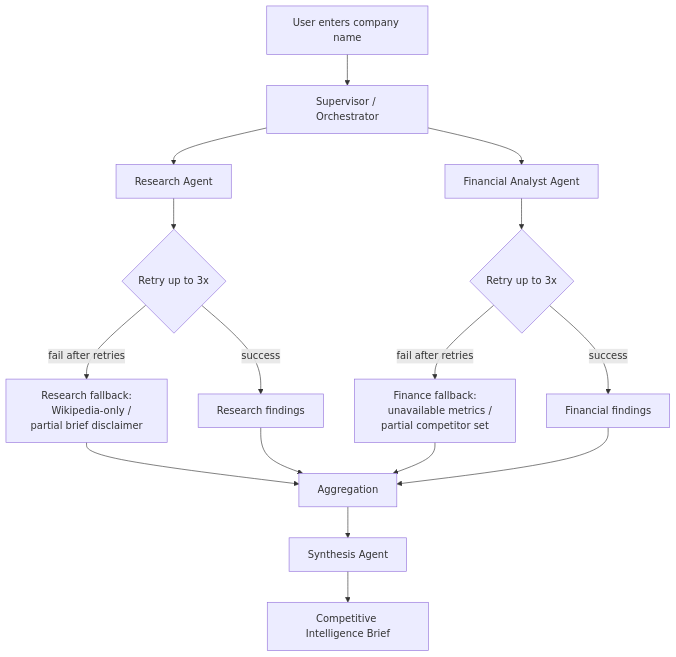
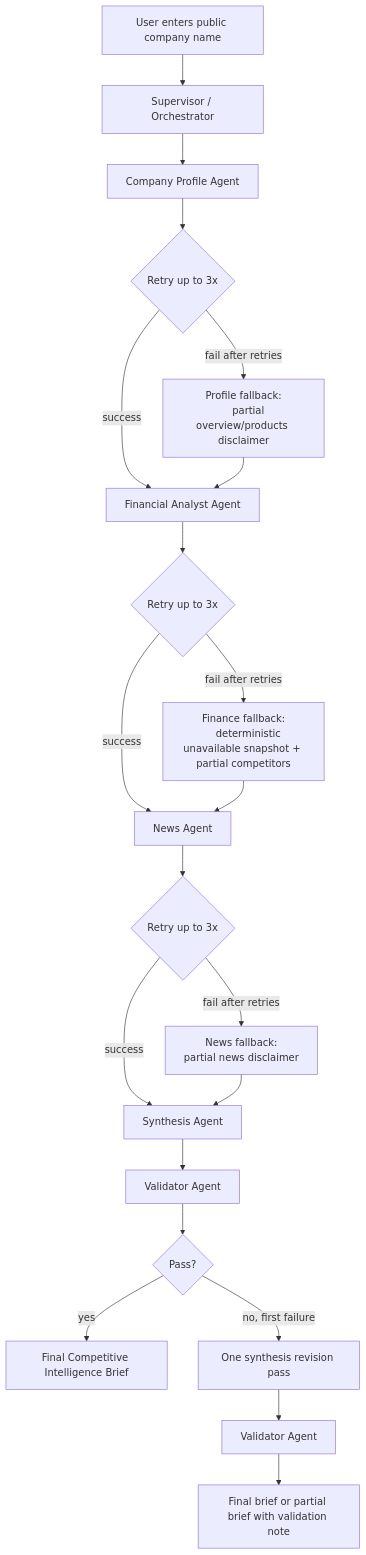
One commit to lukehartfield/companybriefagent changed the diagram in docs/architecture_diagram.md. Above: the diagram before and after it, drawn with Mermaid. The commit also changed other lines of this file and 14 other files, not shown here.

````diff
--- a/docs/architecture_diagram.md
+++ b/docs/architecture_diagram.md
@@ -3,20 +3,29 @@
 ```mermaid
 flowchart TD
-    U[User enters company name] --> S[Supervisor / Orchestrator]
-    S --> R[Research Agent]
-    S --> F[Financial Analyst Agent]
-    R --> RT{Retry up to 3x}
-    F --> FT{Retry up to 3x}
-    RT -->|fail after retries| RF[Research fallback:
-    Wikipedia-only / partial brief disclaimer]
-    FT -->|fail after retries| FF[Finance fallback:
-    unavailable metrics / partial competitor set]
-    RT -->|success| RA[Research findings]
-    FT -->|success| FA[Financial findings]
-    RF --> A[Aggregation]
-    FF --> A
-    RA --> A
-    FA --> A
-    A --> SY[Synthesis Agent]
-    SY --> O[Competitive Intelligence Brief]
+    U[User enters public company name] --> S[Supervisor / Orchestrator]
+    S --> P[Company Profile Agent]
+    P --> PR{Retry up to 3x}
+    PR -->|success| F[Financial Analyst Agent]
+    PR -->|fail after retries| PF[Profile fallback:
+    partial overview/products disclaimer]
+
+    PF --> F
+    F --> FR{Retry up to 3x}
+    FR -->|success| N[News Agent]
+    FR -->|fail after retries| FF[Finance fallback:
+    deterministic unavailable snapshot + partial competitors]
+
+    FF --> N
+    N --> NR{Retry up to 3x}
+    NR -->|success| Y[Synthesis Agent]
+    NR -->|fail after retries| NF[News fallback:
+    partial news disclaimer]
+
+    NF --> Y
+    Y --> V[Validator Agent]
+    V --> VC{Pass?}
+    VC -->|yes| O[Final Competitive Intelligence Brief]
+    VC -->|no, first failure| Y2[One synthesis revision pass]
+    Y2 --> V2[Validator Agent]
+    V2 --> O2[Final brief or partial brief with validation note]
 ```
````
